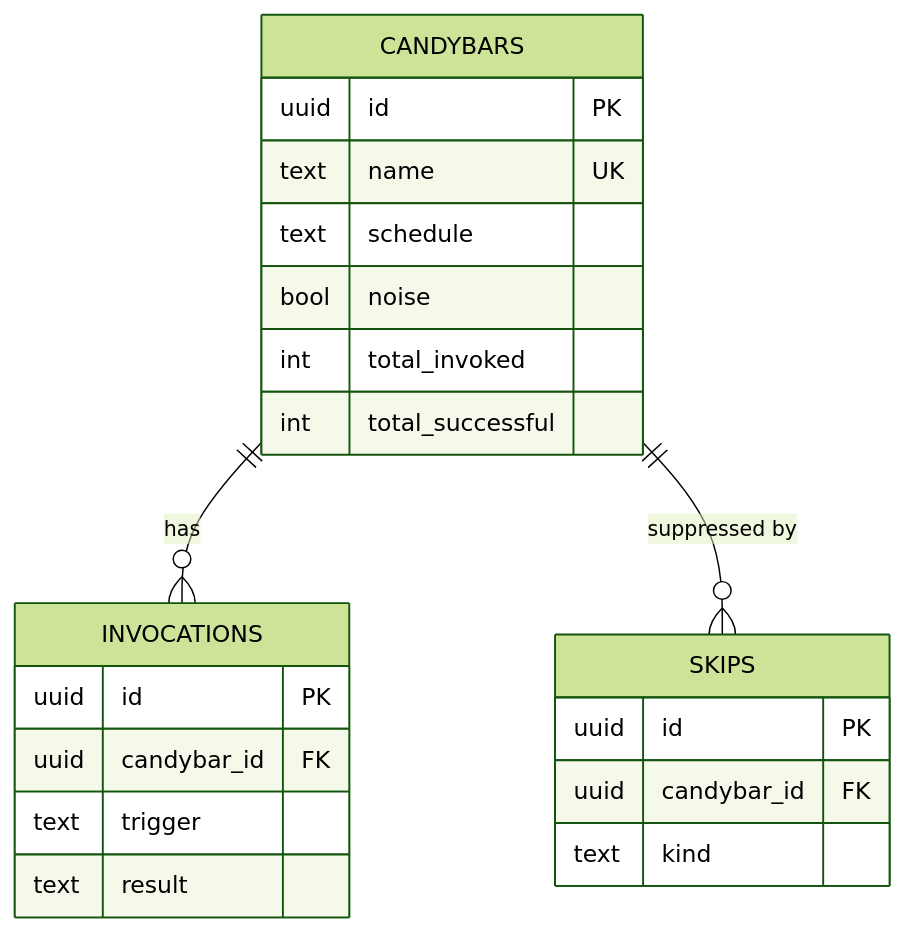
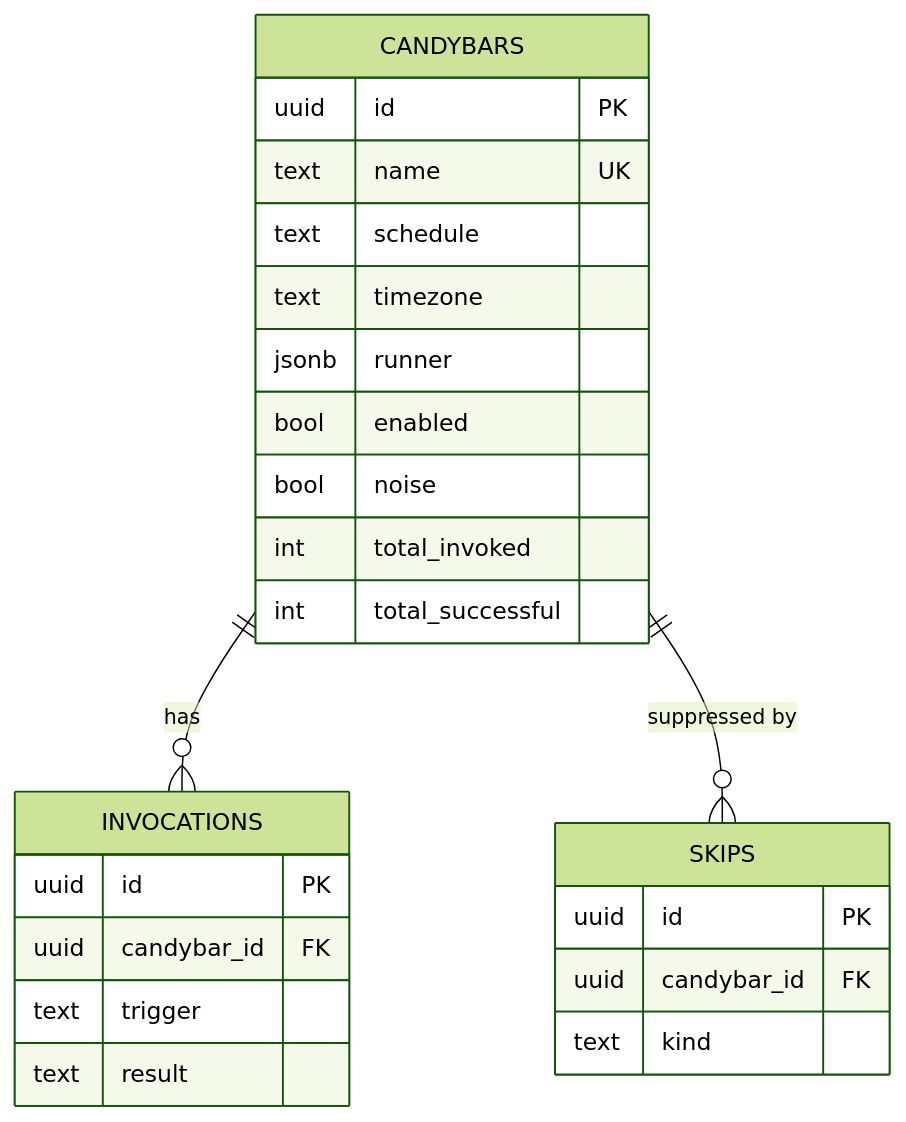
The third of 3 diagrams in _bmad-output/planning-artifacts/architecture/architecture-candybar-2026-10-25/ARCHITECTURE-SPINE.md (delorenj/candybar), drawn with Mermaid (forest theme) before and after one commit. The commit also changed other lines of this file and 2 other files, not shown here.

````diff
--- a/_bmad-output/planning-artifacts/architecture/architecture-candybar-2026-10-25/ARCHITECTURE-SPINE.md
+++ b/_bmad-output/planning-artifacts/architecture/architecture-candybar-2026-10-25/ARCHITECTURE-SPINE.md
@@ -198,24 +276,27 @@
 ```mermaid
 erDiagram
     CANDYBARS ||--o{ INVOCATIONS : "has"
     CANDYBARS ||--o{ SKIPS : "suppressed by"
     CANDYBARS {
         uuid id PK
         text name UK
         text schedule
+        text timezone
+        jsonb runner
+        bool enabled
         bool noise
         int total_invoked
         int total_successful
     }
     INVOCATIONS {
         uuid id PK
         uuid candybar_id FK
         text trigger
         text result
     }
     SKIPS {
         uuid id PK
         uuid candybar_id FK
         text kind
     }
 ```
````
